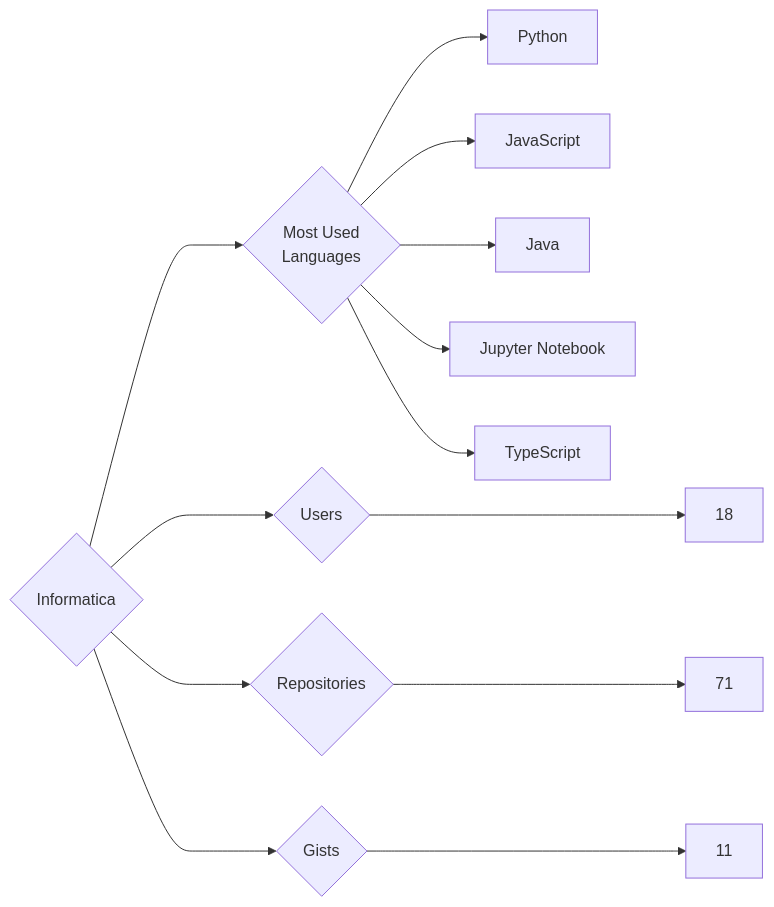
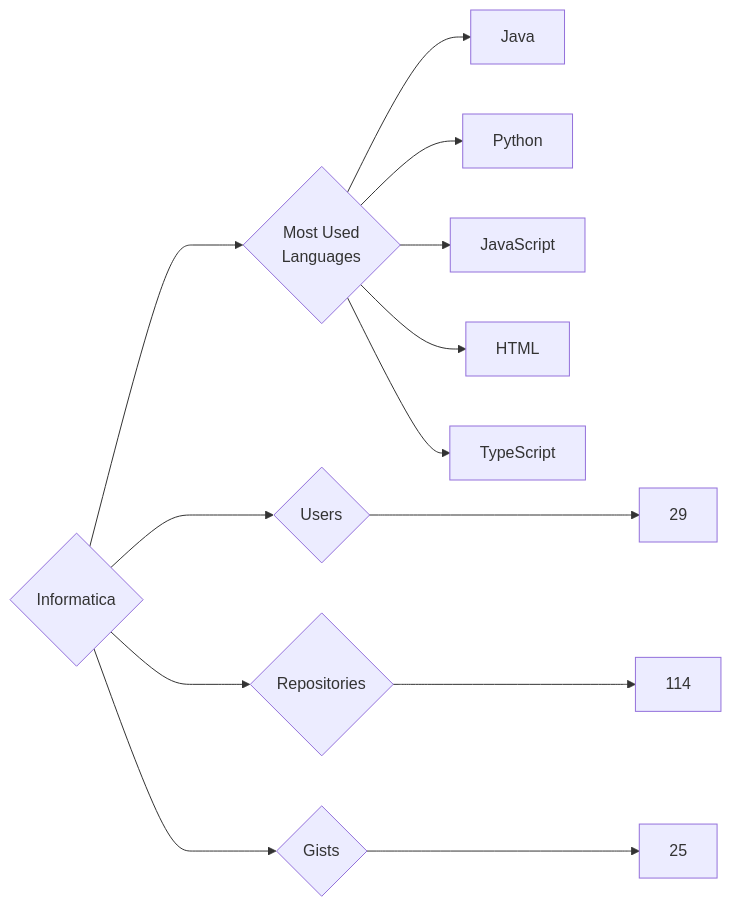
The diagram in targets/Informatica/README.md (trickest/insiders), drawn with Mermaid before and after one commit. The commit also changed 757 other files, not shown here.

````diff
--- a/targets/Informatica/README.md
+++ b/targets/Informatica/README.md
@@ -3,13 +3,13 @@
 ```mermaid
 graph LR
 COMPANY_NAME{Informatica}
-COMPANY_NAME ---> U{Users} ---> UN[18]
-COMPANY_NAME ---> R{Repositories} ---> RN[71]
-COMPANY_NAME ---> G{Gists} ---> GN[11]
+COMPANY_NAME ---> U{Users} ---> UN[29]
+COMPANY_NAME ---> R{Repositories} ---> RN[114]
+COMPANY_NAME ---> G{Gists} ---> GN[25]
 COMPANY_NAME ---> ML{Most Used<br>Languages}
+ML --> Java[Java]
 ML --> Python[Python]
 ML --> JavaScript[JavaScript]
-ML --> Java[Java]
-ML --> Jupyter_Notebook[Jupyter Notebook]
+ML --> HTML[HTML]
 ML --> TypeScript[TypeScript]
 ```
````
